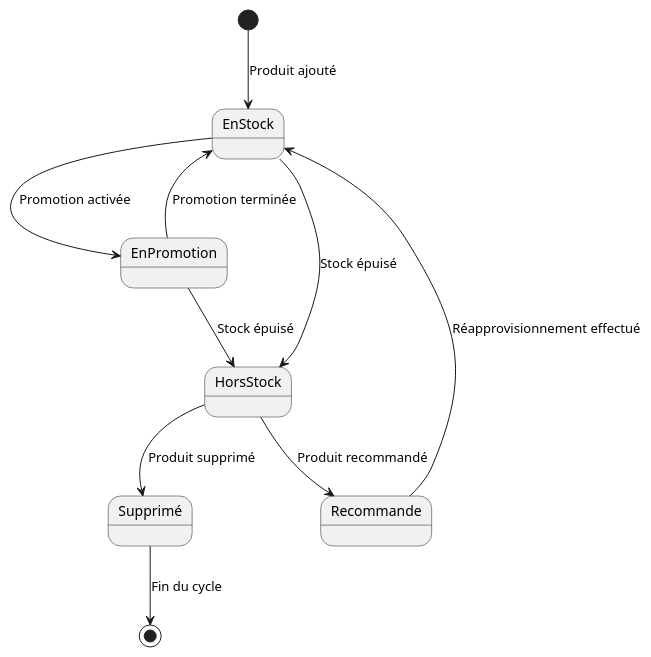
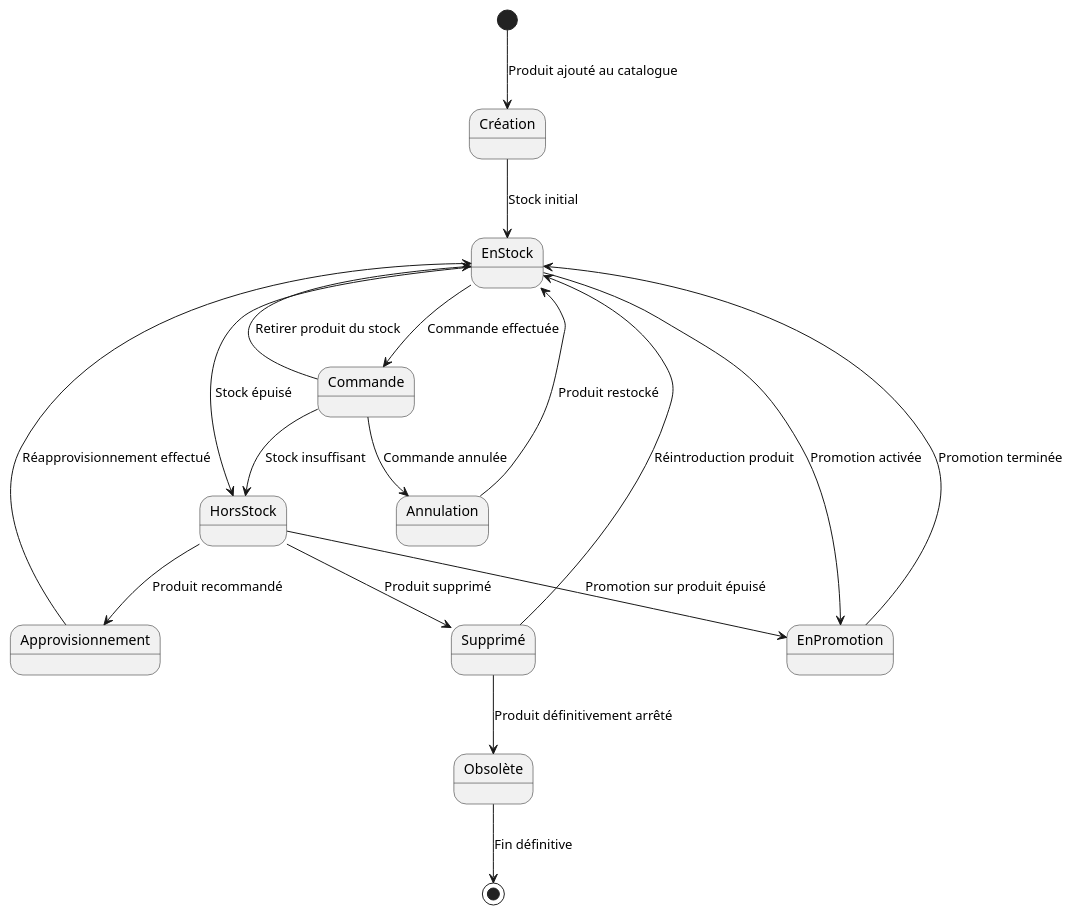
Before and after one commit to MehediT/BoutiqueLigneAudiovisuels: the diagram in Etat/Etat.puml, drawn with PlantUML.

```diff
--- a/Etat/Etat.puml
+++ b/Etat/Etat.puml
@@ -1,17 +1,39 @@
 @startuml
 top to bottom direction
-[*] --> EnStock : Produit ajouté
 
-EnStock --> EnPromotion : Promotion activée
-EnStock --> HorsStock : Stock épuisé
+state Création
+state HorsStock
+state EnPromotion
+state Commande
+state Approvisionnement
+state Supprimé
+state Obsolète
+state Annulation
 
+[*] -d-> Création : Produit ajouté au catalogue
+Création -d-> EnStock : Stock initial
+
+EnStock -d-> HorsStock : Stock épuisé
+EnStock -l-> EnPromotion : Promotion activée
 EnPromotion --> EnStock : Promotion terminée
-EnPromotion --> HorsStock : Stock épuisé
+
+EnStock --> Commande : Commande effectuée
+Commande --> EnStock : Retirer produit du stock
+Commande --> HorsStock : Stock insuffisant
+Commande --> Annulation : Commande annulée
+
+Approvisionnement -l-> EnStock : Réapprovisionnement effectué
 
 HorsStock --> Supprimé : Produit supprimé
-HorsStock --> Recommande : Produit recommandé
+HorsStock --> Approvisionnement : Produit recommandé
+HorsStock --> EnPromotion : Promotion sur produit épuisé
+Supprimé --> EnStock : Réintroduction produit
+Supprimé --> Obsolète : Produit définitivement arrêté
 
-Recommande --> EnStock : Réapprovisionnement effectué
+Annulation --> EnStock : Produit restocké
 
-Supprimé --> [*] : Fin du cycle
+
+
+Obsolète --> [*] : Fin définitive
+
 @enduml
```
